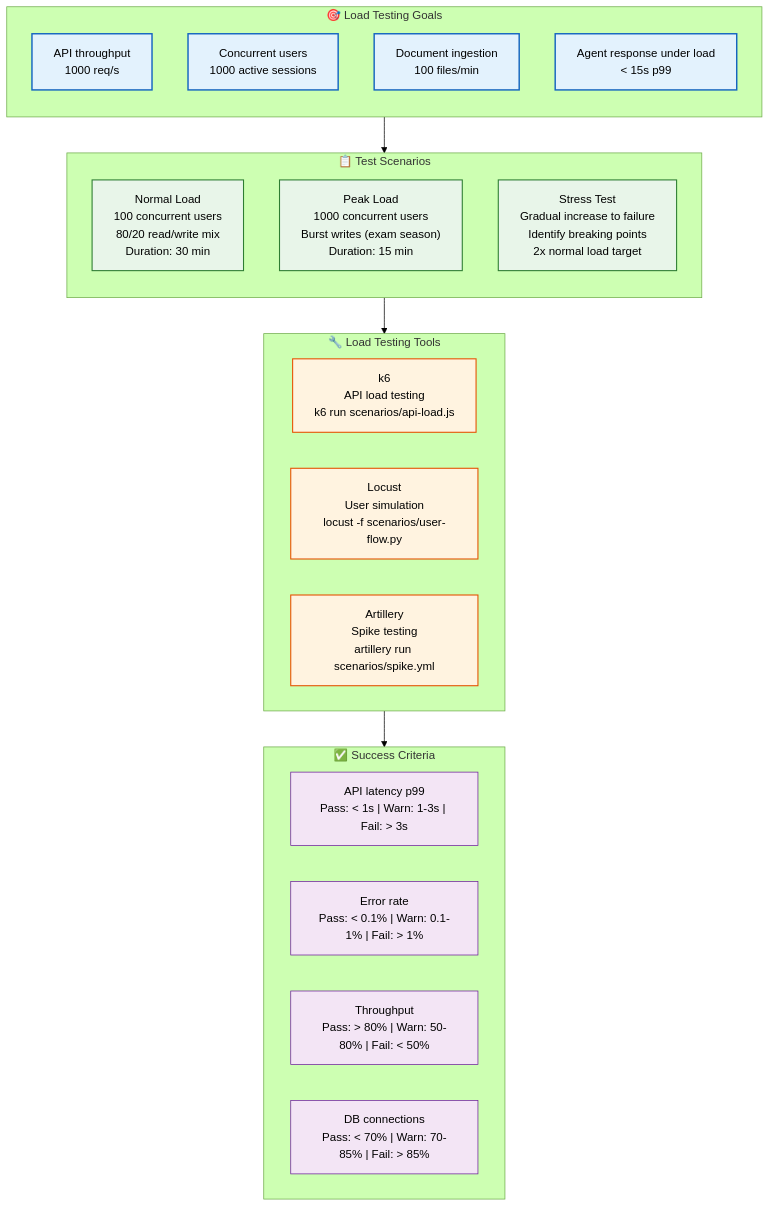
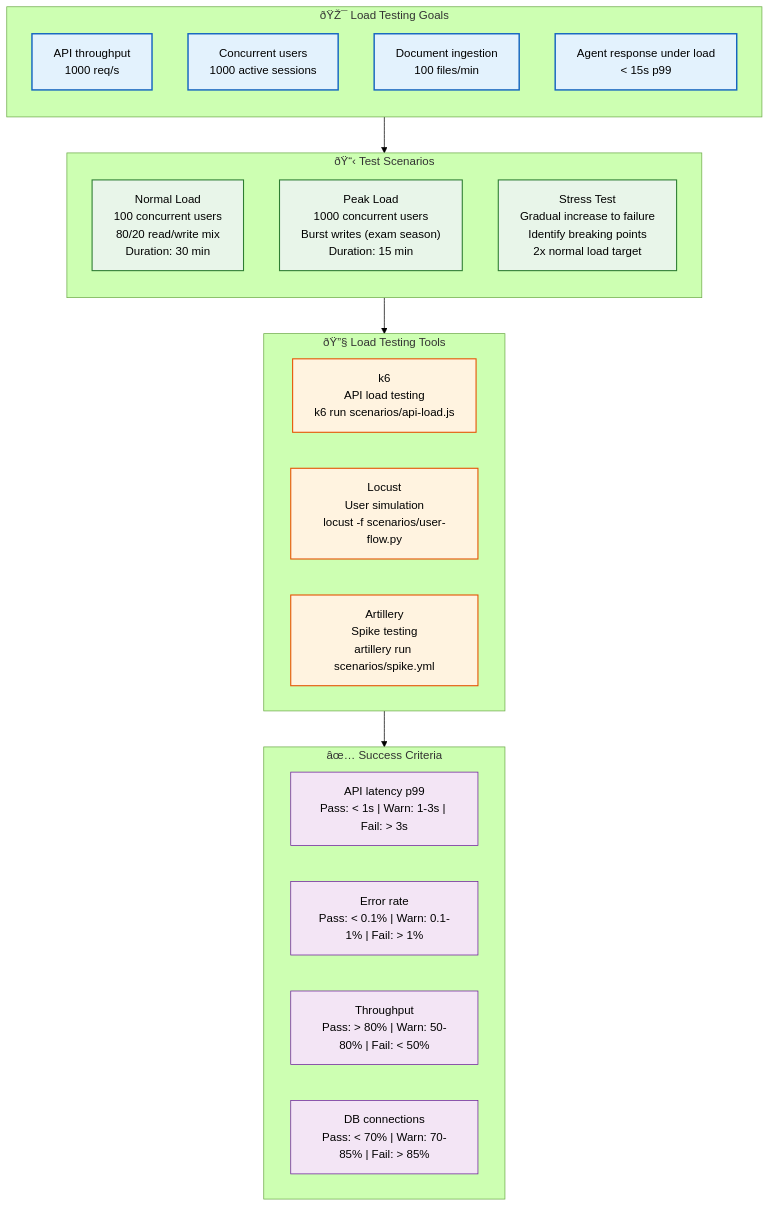
Before and after one commit to Driftloom/Vaeloom: the first of 2 diagrams in Docs/Testing/Load-Testing.md, drawn with Mermaid (forest theme). The commit also changed other lines of this file and 249 other files, not shown here.

````diff
--- a/Docs/Testing/Load-Testing.md
+++ b/Docs/Testing/Load-Testing.md
@@ -8,42 +8,42 @@
 ```mermaid
 graph TD
     classDef goals fill:#e3f2fd,stroke:#1565c0,color:#000,stroke-width:2px
     classDef scenario fill:#e8f5e9,stroke:#2e7d32,color:#000,stroke-width:1.5px
     classDef tool fill:#fff3e0,stroke:#e65100,color:#000,stroke-width:1.5px
     classDef success fill:#f3e5f5,stroke:#6a1b9a,color:#000,stroke-width:1px
 
-    subgraph Goals["🎯 Load Testing Goals"]
+    subgraph Goals["ðŸŽ¯ Load Testing Goals"]
         direction TB
         G1["API throughput<br/>1000 req/s"]
         G2["Concurrent users<br/>1000 active sessions"]
         G3["Document ingestion<br/>100 files/min"]
         G4["Agent response under load<br/>< 15s p99"]
     end
 
-    subgraph Scenarios["📋 Test Scenarios"]
+    subgraph Scenarios["ðŸ“‹ Test Scenarios"]
         direction TB
         S1["Normal Load<br/>100 concurrent users<br/>80/20 read/write mix<br/>Duration: 30 min"]
         S2["Peak Load<br/>1000 concurrent users<br/>Burst writes (exam season)<br/>Duration: 15 min"]
         S3["Stress Test<br/>Gradual increase to failure<br/>Identify breaking points<br/>2x normal load target"]
     end
 
-    subgraph Tools["🔧 Load Testing Tools"]
+    subgraph Tools["ðŸ”§ Load Testing Tools"]
         T1["k6<br/>API load testing<br/>k6 run scenarios/api-load.js"]
         T2["Locust<br/>User simulation<br/>locust -f scenarios/user-flow.py"]
         T3["Artillery<br/>Spike testing<br/>artillery run scenarios/spike.yml"]
     end
 
-    subgraph Criteria["✅ Success Criteria"]
+    subgraph Criteria["âœ… Success Criteria"]
         C1["API latency p99<br/>Pass: < 1s | Warn: 1-3s | Fail: > 3s"]
         C2["Error rate<br/>Pass: < 0.1% | Warn: 0.1-1% | Fail: > 1%"]
         C3["Throughput<br/>Pass: > 80% | Warn: 50-80% | Fail: < 50%"]
         C4["DB connections<br/>Pass: < 70% | Warn: 70-85% | Fail: > 85%"]
     end
 
     Goals --> Scenarios --> Tools --> Criteria
 
     class G1,G2,G3,G4 goals
     class S1,S2,S3 scenario
     class T1,T2,T3 tool
     class C1,C2,C3,C4 success
 ```
````
